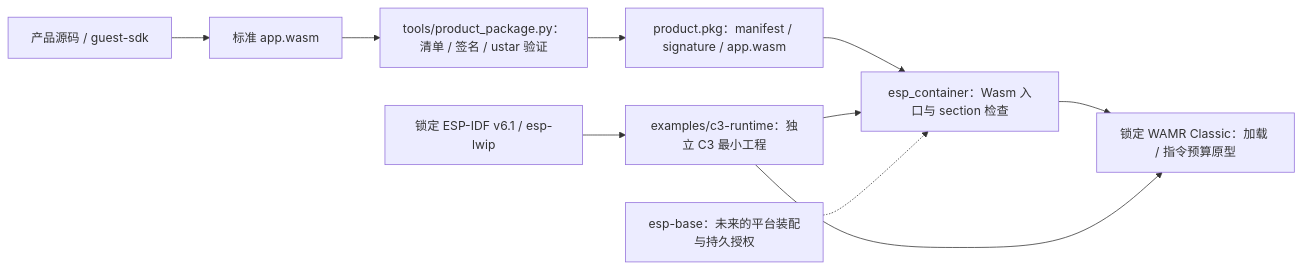
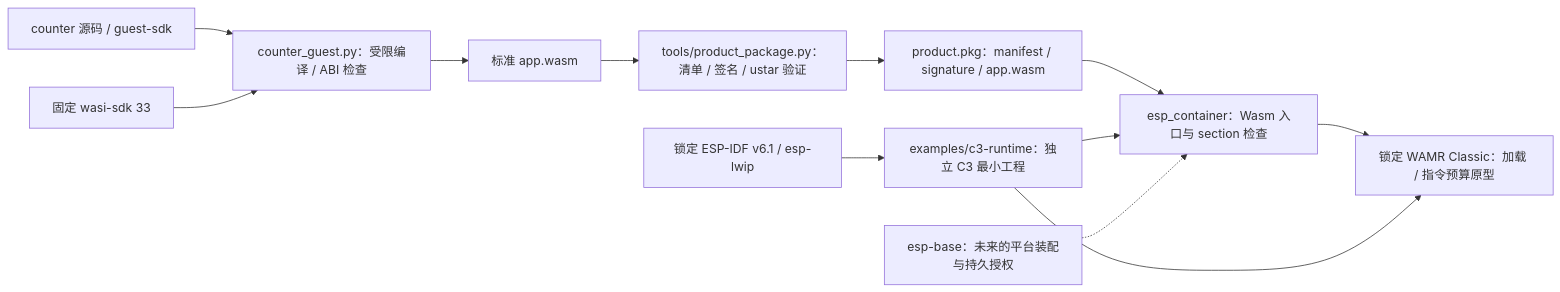
The diagram in README.md (darren-you/esp-container), drawn with Mermaid before and after one commit. The commit also changed other lines of this file and 12 other files, not shown here.

First line of the commit message:
固定 counter guest 编译与静态 ABI 检查并验证 WAMR 主机执行

````diff
--- a/README.md
+++ b/README.md
@@ -7,12 +7,14 @@
 ```mermaid
 flowchart LR
-    product["产品源码 / guest-sdk"] --> wasm["标准 app.wasm"]
+    product["counter 源码 / guest-sdk"] --> guest["counter_guest.py：受限编译 / ABI 检查"]
+    wasi["固定 wasi-sdk 33"] --> guest
+    guest --> wasm["标准 app.wasm"]
     wasm --> tool["tools/product_package.py：清单 / 签名 / ustar 验证"]
     tool --> pkg["product.pkg：manifest / signature / app.wasm"]
     pkg --> scanner["esp_container：Wasm 入口与 section 检查"]
     scanner --> wamr["锁定 WAMR Classic：加载 / 指令预算原型"]
     sample["examples/c3-runtime：独立 C3 最小工程"] --> scanner
     sample --> wamr
     idf["锁定 ESP-IDF v6.1 / esp-lwip"] --> sample
     base["esp-base：未来的平台装配与持久授权"] -.-> scanner
 ```
````
